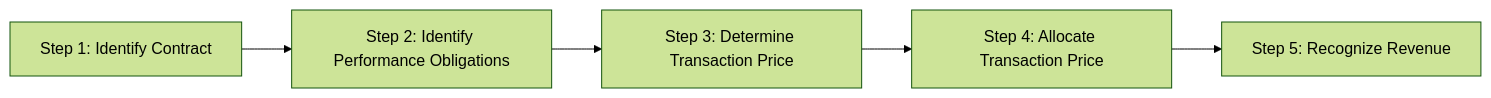
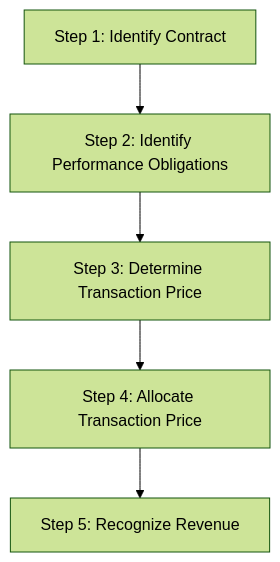
The diagram in docs/far/special-topics-and-transactions/revenue-recognition.md (subwaymatch/cpabear-book), drawn with Mermaid (forest theme) before and after one commit. The commit also changed other lines of this file and 118 other files, not shown here.

First line of the commit message:
Fix 721 broken admonitions and convert 9 mermaid diagrams to vertical layout

````diff
--- a/docs/far/special-topics-and-transactions/revenue-recognition.md
+++ b/docs/far/special-topics-and-transactions/revenue-recognition.md
@@ -7,7 +7,7 @@
 ```mermaid
-graph LR
+graph TD
     S1[Step 1: Identify Contract] --> S2[Step 2: Identify Performance Obligations]
     S2 --> S3[Step 3: Determine Transaction Price]
     S3 --> S4[Step 4: Allocate Transaction Price]
     S4 --> S5[Step 5: Recognize Revenue]
 ```
````
